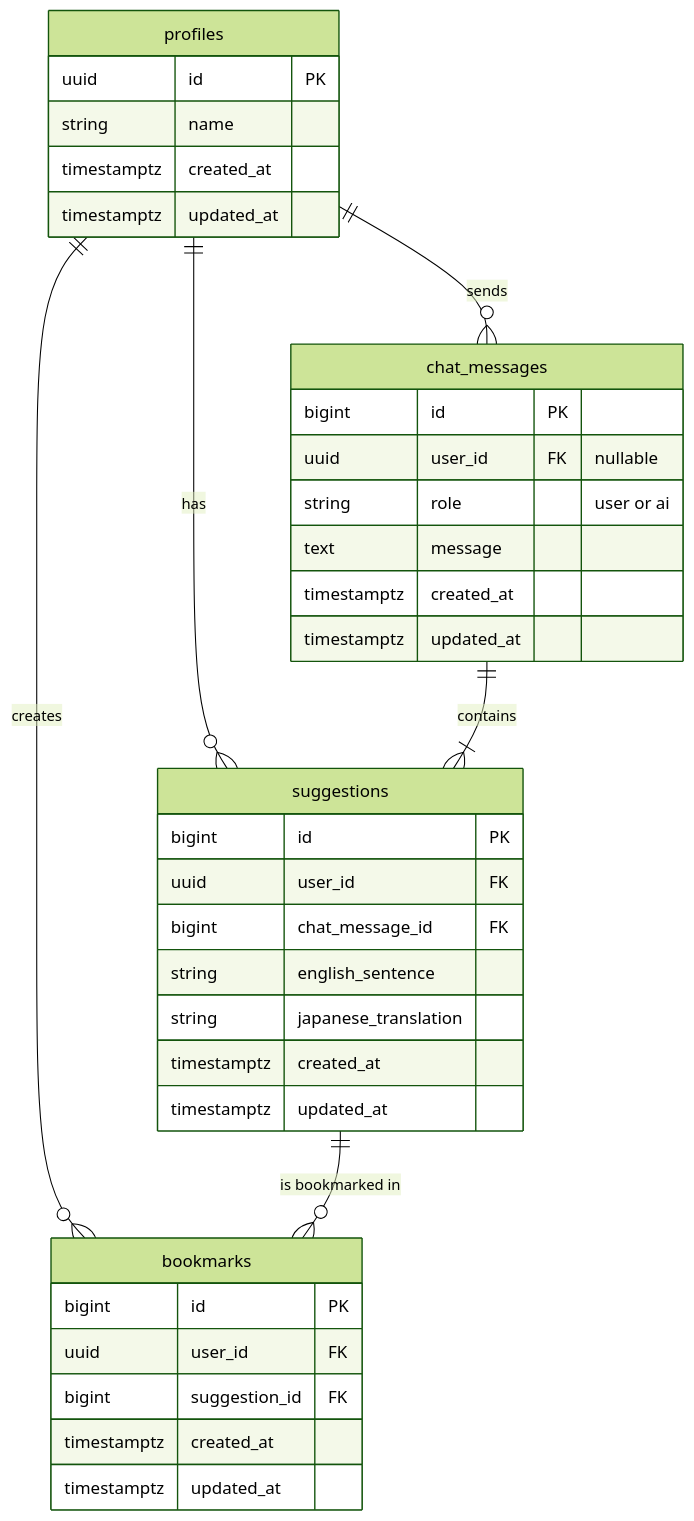
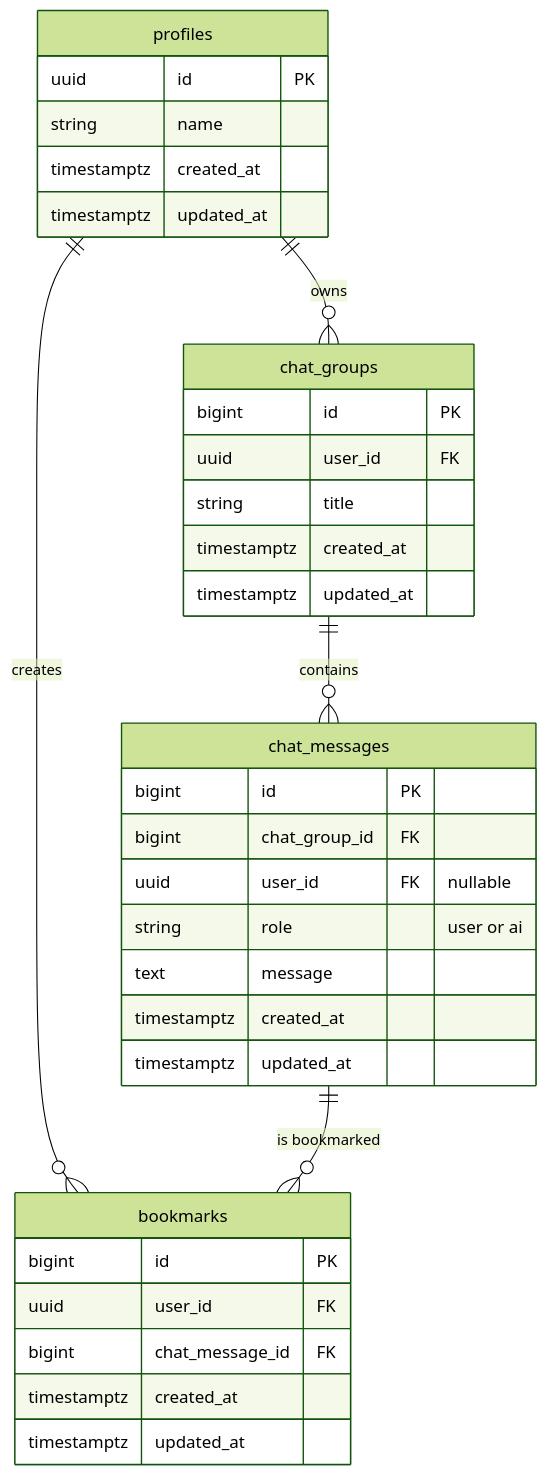
The diagram in documents/DB設計書.md (noriyuki0319/practice-english-chat), drawn with Mermaid (forest theme) before and after one commit. The commit also changed other lines of this file and 10 other files, not shown here.

````diff
--- a/documents/DB設計書.md
+++ b/documents/DB設計書.md
@@ -14,42 +14,40 @@
 ```mermaid
 erDiagram
-    profiles ||--o{ chat_messages : "sends"
-    profiles ||--o{ suggestions : "has"
+    profiles ||--o{ chat_groups : "owns"
+    chat_groups ||--o{ chat_messages : "contains"
     profiles ||--o{ bookmarks : "creates"
-    chat_messages ||--|{ suggestions : "contains"
-    suggestions ||--o{ bookmarks : "is bookmarked in"
+    chat_messages ||--o{ bookmarks : "is bookmarked"
 
     profiles {
         uuid id PK
         string name
         timestamptz created_at
         timestamptz updated_at
     }
 
+    chat_groups {
+        bigint id PK
+        uuid user_id FK
+        string title
+        timestamptz created_at
+        timestamptz updated_at
+    }
+
     chat_messages {
         bigint id PK
+        bigint chat_group_id FK
         uuid user_id FK "nullable"
         string role "user or ai"
         text message
         timestamptz created_at
         timestamptz updated_at
     }
 
-    suggestions {
+    bookmarks {
         bigint id PK
         uuid user_id FK
         bigint chat_message_id FK
-        string english_sentence
-        string japanese_translation
-        timestamptz created_at
-        timestamptz updated_at
-    }
-
-    bookmarks {
-        bigint id PK
-        uuid user_id FK
-        bigint suggestion_id FK
         timestamptz created_at
         timestamptz updated_at
     }
 ```
````
